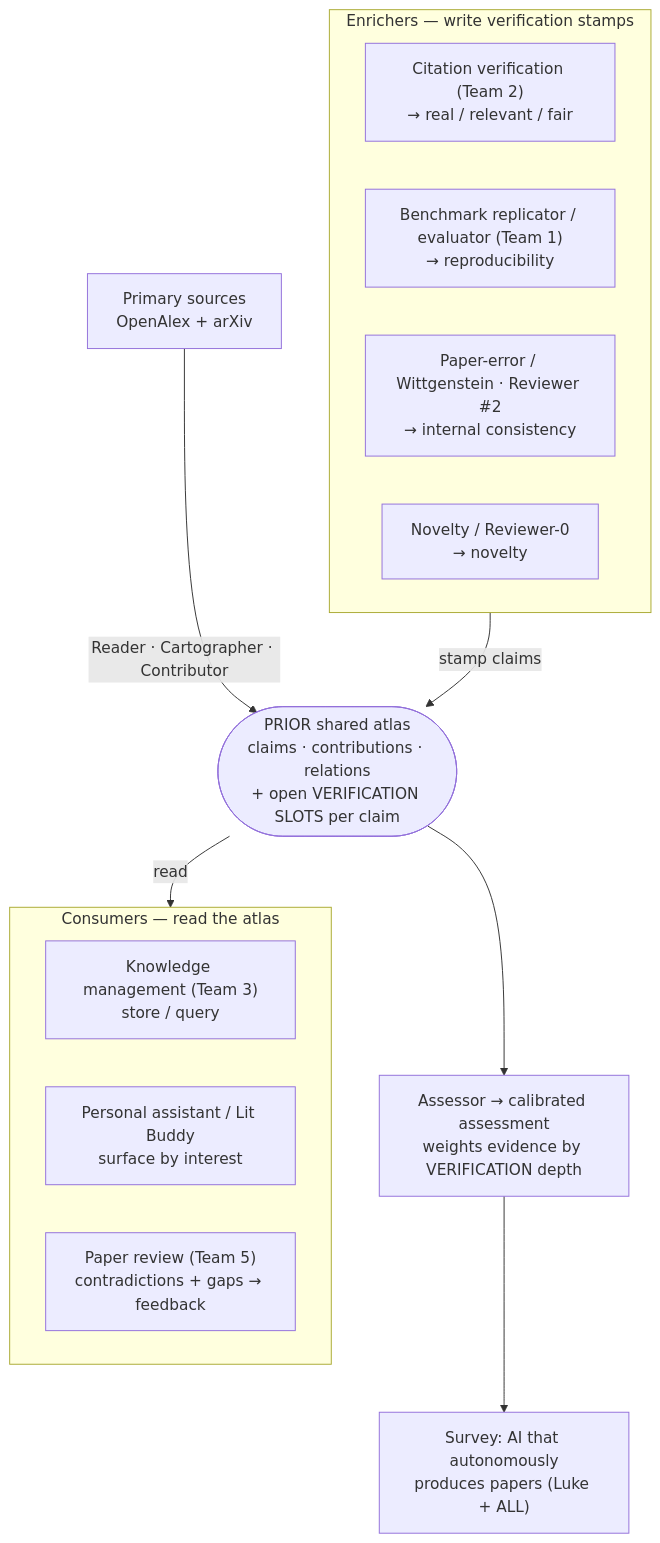
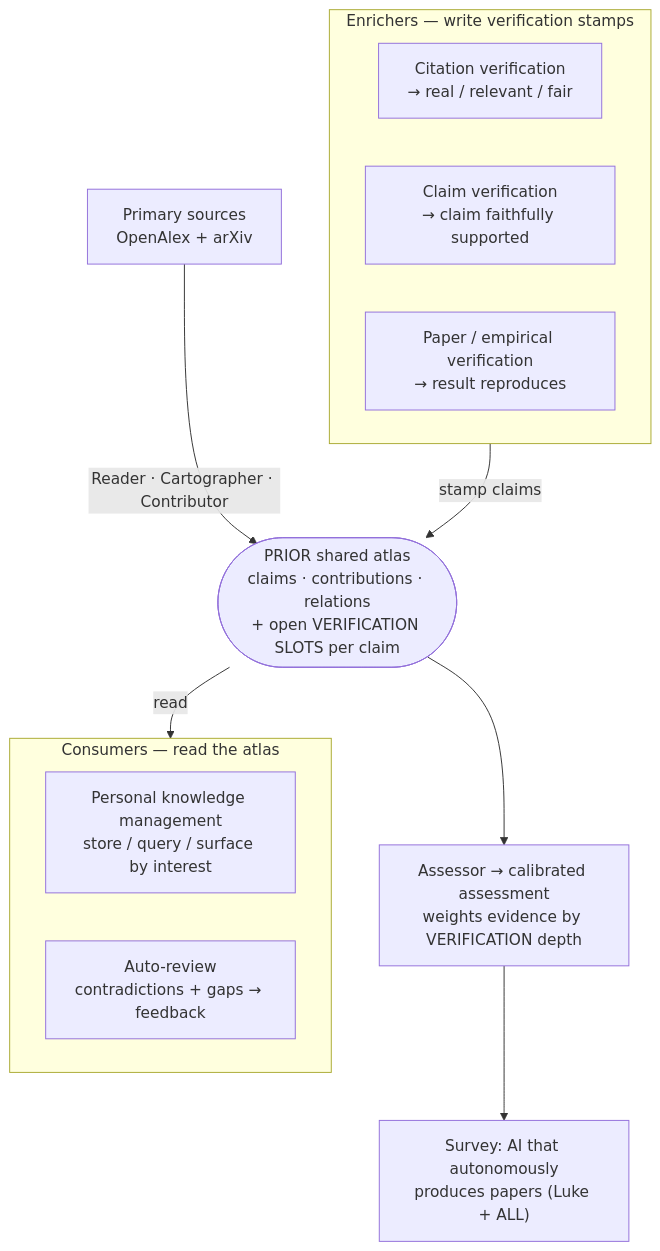
One commit to Agents4Academia-AI/prior changed the second of 2 diagrams in docs/shared-substrate.md. Above: the diagram before and after it, drawn with Mermaid. The commit also changed other lines of this file, not shown here.

Commit message:
shared-substrate: map the actual current cohort projects (citation/claim/empirical verification; PKM; auto-review)

````diff
--- a/docs/shared-substrate.md
+++ b/docs/shared-substrate.md
@@ -102,22 +102,20 @@
 ```mermaid
 flowchart TB
   SRC["Primary sources<br/>OpenAlex + arXiv"] -->|Reader · Cartographer · Contributor| ATLAS
   ATLAS(["PRIOR shared atlas<br/>claims · contributions · relations<br/>+ open VERIFICATION SLOTS per claim"])
 
   subgraph ENRICH["Enrichers — write verification stamps"]
-    CITE["Citation verification (Team 2)<br/>→ real / relevant / fair"]
-    REPRO["Benchmark replicator / evaluator (Team 1)<br/>→ reproducibility"]
-    INT["Paper-error / Wittgenstein · Reviewer #2<br/>→ internal consistency"]
-    NOV["Novelty / Reviewer-0<br/>→ novelty"]
+    CITE["Citation verification<br/>→ real / relevant / fair"]
+    CLAIMV["Claim verification<br/>→ claim faithfully supported"]
+    EMP["Paper / empirical verification<br/>→ result reproduces"]
   end
   subgraph CONSUME["Consumers — read the atlas"]
-    KM["Knowledge management (Team 3)<br/>store / query"]
-    LIT["Personal assistant / Lit Buddy<br/>surface by interest"]
-    REV["Paper review (Team 5)<br/>contradictions + gaps → feedback"]
+    PKM["Personal knowledge management<br/>store / query / surface by interest"]
+    REV["Auto-review<br/>contradictions + gaps → feedback"]
   end
 
   ENRICH -->|stamp claims| ATLAS
   ATLAS -->|read| CONSUME
   ATLAS --> ASSESS["Assessor → calibrated assessment<br/>weights evidence by VERIFICATION depth"]
   ASSESS --> SURVEY["Survey: AI that autonomously<br/>produces papers (Luke + ALL)"]
 ```
````
